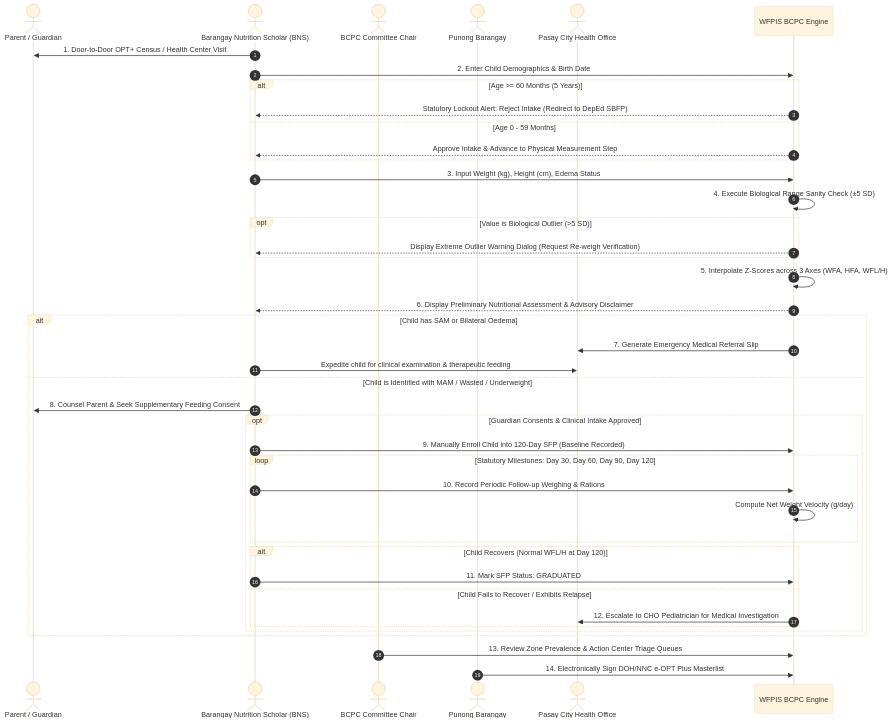
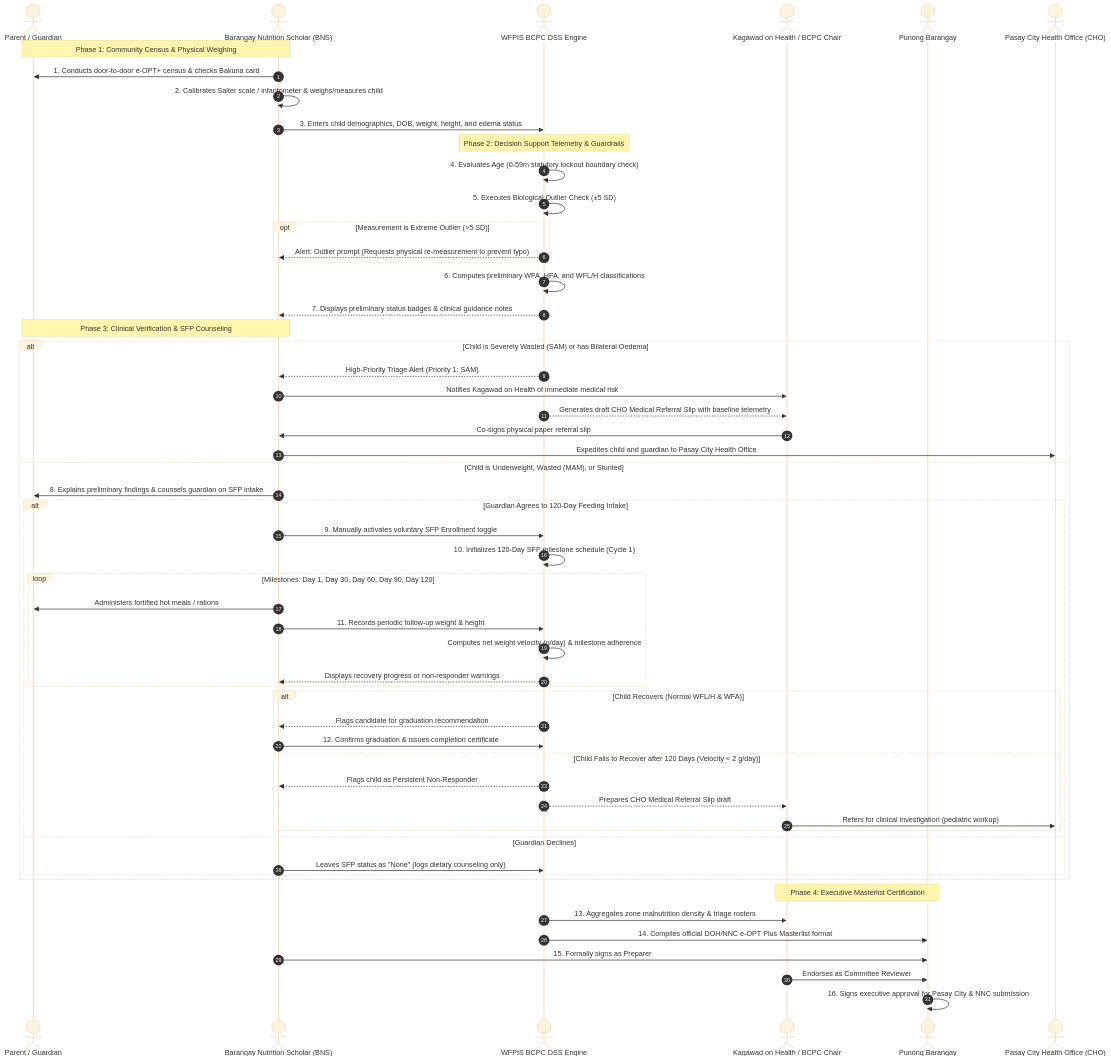
The diagram in docs/modules/bcpc/process_and_workflows.md (duustin25/women_and_family_new), drawn with Mermaid (base theme) before and after one commit. The commit also changed other lines of this file and 63 other files, not shown here.

Commit message:
Polished UI/Functions/DecisionSupportFunctions

````diff
--- a/docs/modules/bcpc/process_and_workflows.md
+++ b/docs/modules/bcpc/process_and_workflows.md
@@ -20,48 +24,64 @@
 ```mermaid
 sequenceDiagram
     autonumber
     actor Parent as Parent / Guardian
     actor BNS as Barangay Nutrition Scholar (BNS)
-    actor BCPC as BCPC Committee Chair
+    actor DSS as WFPIS BCPC DSS Engine
+    actor Kagawad as Kagawad on Health / BCPC Chair
     actor PB as Punong Barangay
-    actor CHO as Pasay City Health Office
-    participant System as WFPIS BCPC Engine
+    actor CHO as Pasay City Health Office (CHO)
 
-    BNS->>Parent: 1. Door-to-Door OPT+ Census / Health Center Visit
-    BNS->>System: 2. Enter Child Demographics & Birth Date
-    alt Age >= 60 Months (5 Years)
-        System-->>BNS: Statutory Lockout Alert: Reject Intake (Redirect to DepEd SBFP)
-    else Age 0 - 59 Months
-        System-->>BNS: Approve Intake & Advance to Physical Measurement Step
+    Note over Parent,BNS: Phase 1: Community Census & Physical Weighing
+    BNS->>Parent: 1. Conducts door-to-door e-OPT+ census & checks Bakuna card
+    BNS->>BNS: 2. Calibrates Salter scale / infantometer & weighs/measures child
+    BNS->>DSS: 3. Enters child demographics, DOB, weight, height, and edema status
+
+    Note over DSS: Phase 2: Decision Support Telemetry & Guardrails
+    DSS->>DSS: 4. Evaluates Age (0-59m statutory lockout boundary check)
+    DSS->>DSS: 5. Executes Biological Outlier Check (±5 SD)
+    opt Measurement is Extreme Outlier (>5 SD)
+        DSS-->>BNS: Alert: Outlier prompt (Requests physical re-measurement to prevent typo)
     end
-    
-    BNS->>System: 3. Input Weight (kg), Height (cm), Edema Status
-    System->>System: 4. Execute Biological Range Sanity Check (±5 SD)
-    opt Value is Biological Outlier (>5 SD)
-        System-->>BNS: Display Extreme Outlier Warning Dialog (Request Re-weigh Verification)
-    end
-    System->>System: 5. Interpolate Z-Scores across 3 Axes (WFA, HFA, WFL/H)
-    System-->>BNS: 6. Display Preliminary Nutritional Assessment & Advisory Disclaimer
+    DSS->>DSS: 6. Computes preliminary WFA, HFA, and WFL/H classifications
+    DSS-->>BNS: 7. Displays preliminary status badges & clinical guidance notes
 
-    alt Child has SAM or Bilateral Oedema
-        System->>CHO: 7. Generate Emergency Medical Referral Slip
-        BNS->>CHO: Expedite child for clinical examination & therapeutic feeding
-    else Child is Identified with MAM / Wasted / Underweight
-        BNS->>Parent: 8. Counsel Parent & Seek Supplementary Feeding Consent
-        opt Guardian Consents & Clinical Intake Approved
-            BNS->>System: 9. Manually Enroll Child into 120-Day SFP (Baseline Recorded)
-            loop Statutory Milestones: Day 30, Day 60, Day 90, Day 120
-                BNS->>System: 10. Record Periodic Follow-up Weighing & Rations
-                System->>System: Compute Net Weight Velocity (g/day)
+    Note over BNS,Parent: Phase 3: Clinical Verification & SFP Counseling
+    alt Child is Severely Wasted (SAM) or has Bilateral Oedema
+        DSS-->>BNS: High-Priority Triage Alert (Priority 1: SAM)
+        BNS->>Kagawad: Notifies Kagawad on Health of immediate medical risk
+        DSS-->>Kagawad: Generates draft CHO Medical Referral Slip with baseline telemetry
+        Kagawad->>BNS: Co-signs physical paper referral slip
+        BNS->>CHO: Expedites child and guardian to Pasay City Health Office
+    else Child is Underweight, Wasted (MAM), or Stunted
+        BNS->>Parent: 8. Explains preliminary findings & counsels guardian on SFP intake
+        alt Guardian Agrees to 120-Day Feeding Intake
+            BNS->>DSS: 9. Manually activates voluntary SFP Enrollment toggle
+            DSS->>DSS: 10. Initializes 120-Day SFP milestone schedule (Cycle 1)
+            
+            loop Milestones: Day 1, Day 30, Day 60, Day 90, Day 120
+                BNS->>Parent: Administers fortified hot meals / rations
+                BNS->>DSS: 11. Records periodic follow-up weight & height
+                DSS->>DSS: Computes net weight velocity (g/day) & milestone adherence
+                DSS-->>BNS: Displays recovery progress or non-responder warnings
             end
-            alt Child Recovers (Normal WFL/H at Day 120)
-                BNS->>System: 11. Mark SFP Status: GRADUATED
-            else Child Fails to Recover / Exhibits Relapse
-                System->>CHO: 12. Escalate to CHO Pediatrician for Medical Investigation
+
+            alt Child Recovers (Normal WFL/H & WFA)
+                DSS-->>BNS: Flags candidate for graduation recommendation
+                BNS->>DSS: 12. Confirms graduation & issues completion certificate
+            else Child Fails to Recover after 120 Days (Velocity < 2 g/day)
+                DSS-->>BNS: Flags child as Persistent Non-Responder
+                DSS-->>Kagawad: Prepares CHO Medical Referral Slip draft
+                Kagawad->>CHO: Refers for clinical investigation (pediatric workup)
             end
+        else Guardian Declines
+            BNS->>DSS: Leaves SFP status as "None" (logs dietary counseling only)
         end
     end
 
-    BCPC->>System: 13. Review Zone Prevalence & Action Center Triage Queues
-    PB->>System: 14. Electronically Sign DOH/NNC e-OPT Plus Masterlist
+    Note over Kagawad,PB: Phase 4: Executive Masterlist Certification
+    DSS->>Kagawad: 13. Aggregates zone malnutrition density & triage rosters
+    DSS->>PB: 14. Compiles official DOH/NNC e-OPT Plus Masterlist format
+    BNS->>PB: 15. Formally signs as Preparer
+    Kagawad->>PB: Endorses as Committee Reviewer
+    PB->>PB: 16. Signs executive approval for Pasay City & NNC submission
 ```
````
